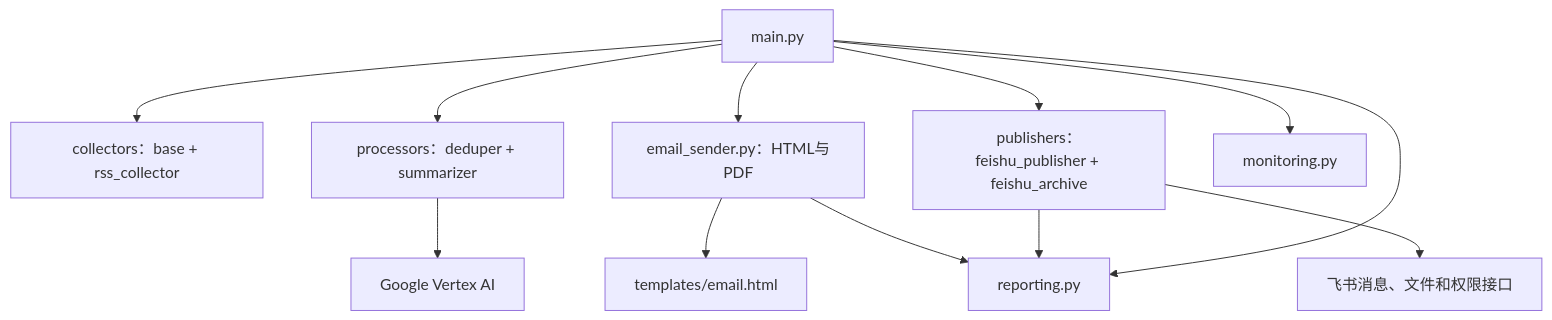
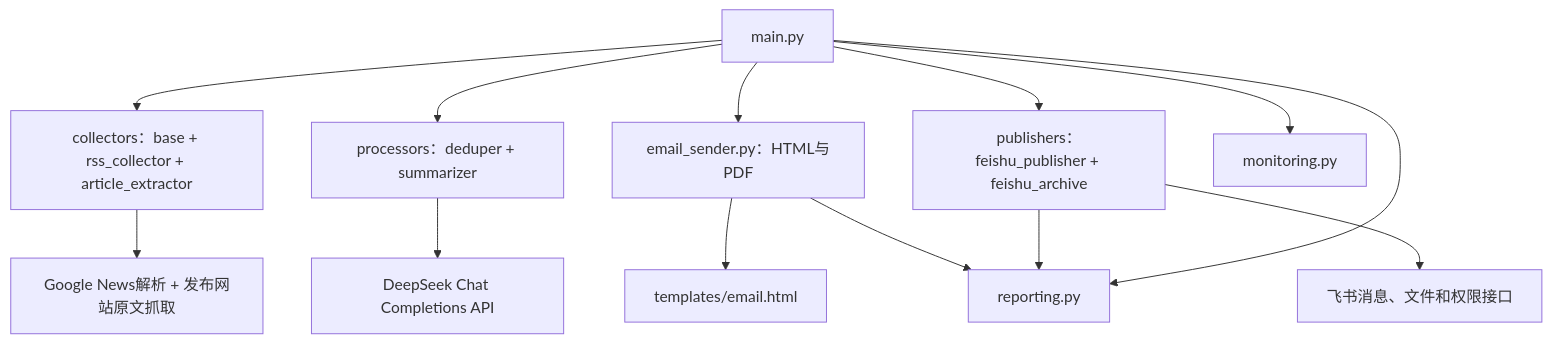
One commit to Amanda-s-UXR-Team/weekly-report changed the fifth of 5 diagrams in docs/LOGIC.md. Above: the diagram before and after it, drawn with Mermaid. The commit also changed other lines of this file and 13 other files, not shown here.

First line of the commit message:
Add original-article extraction before DeepSeek

````diff
--- a/docs/LOGIC.md
+++ b/docs/LOGIC.md
@@ -121,14 +124,15 @@
 ```mermaid
 flowchart TD
-    entry["main.py"] --> rss["collectors：base + rss_collector"]
+    entry["main.py"] --> rss["collectors：base + rss_collector + article_extractor"]
     entry --> processors["processors：deduper + summarizer"]
     entry --> render["email_sender.py：HTML与PDF"]
     entry --> feishu["publishers：feishu_publisher + feishu_archive"]
     entry --> receipt["monitoring.py"]
     render --> template["templates/email.html"]
     render --> reporting["reporting.py"]
     feishu --> reporting
     entry --> reporting
-    processors --> vertex["Google Vertex AI"]
+    rss --> web["Google News解析 + 发布网站原文抓取"]
+    processors --> deepseek["DeepSeek Chat Completions API"]
     feishu --> external["飞书消息、文件和权限接口"]
 ```
````
